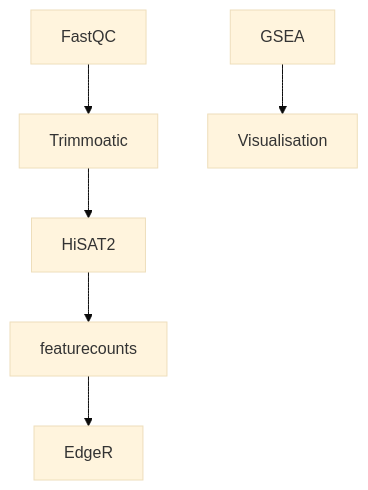
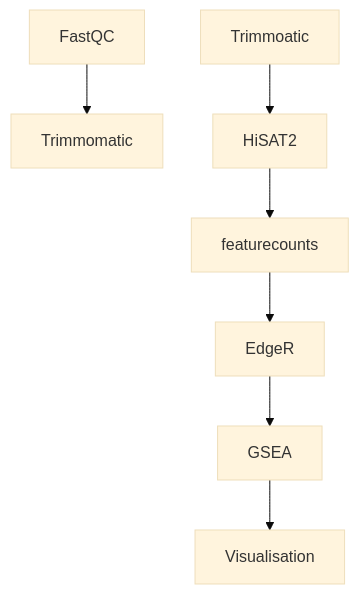
The diagram in README.md (serayyetkin/Elf3-MT), drawn with Mermaid (base theme) before and after one commit. The commit also changed other lines of this file, not shown here.

````diff
--- a/README.md
+++ b/README.md
@@ -14,8 +14,9 @@
 ```mermaid
 graph TD;
-    FastQC-->Trimmoatic;
+    FastQC-->Trimmomatic;
     Trimmoatic-->HiSAT2;
     HiSAT2-->featurecounts;
     featurecounts-->EdgeR;
+    EdgeR-->GSEA;
     GSEA-->Visualisation;
 ```
````
